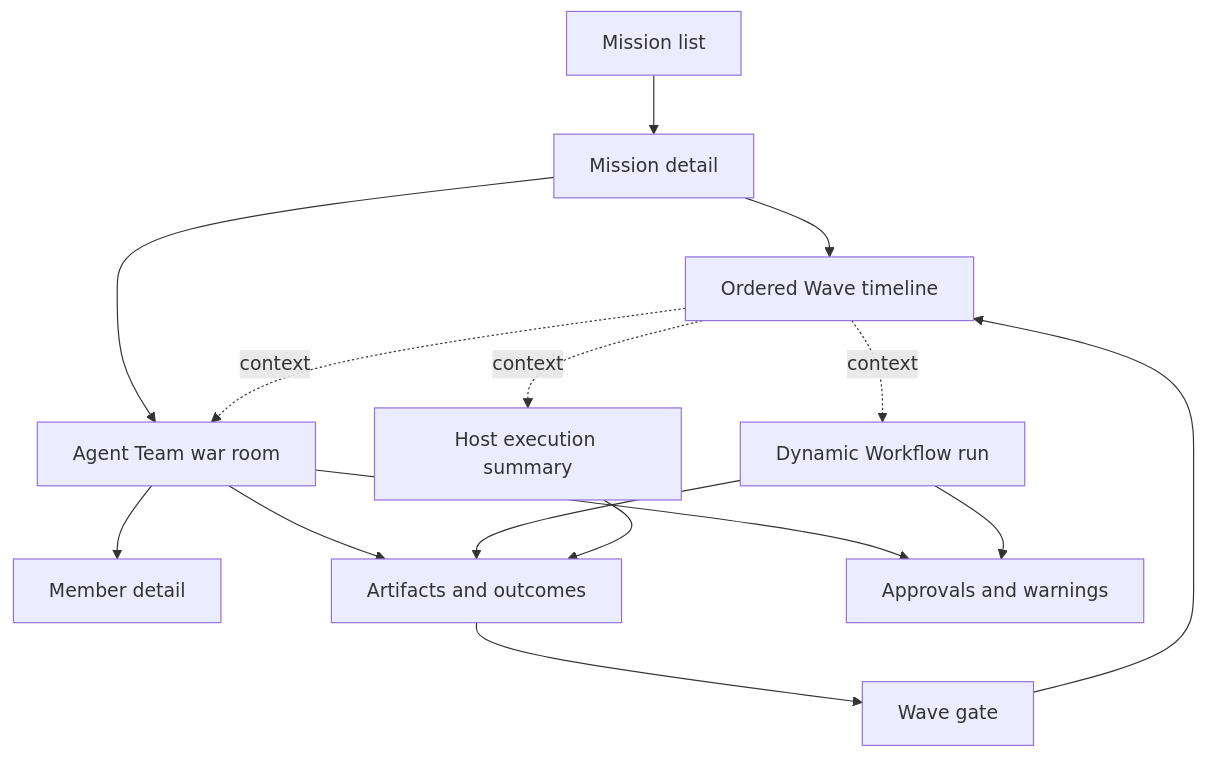
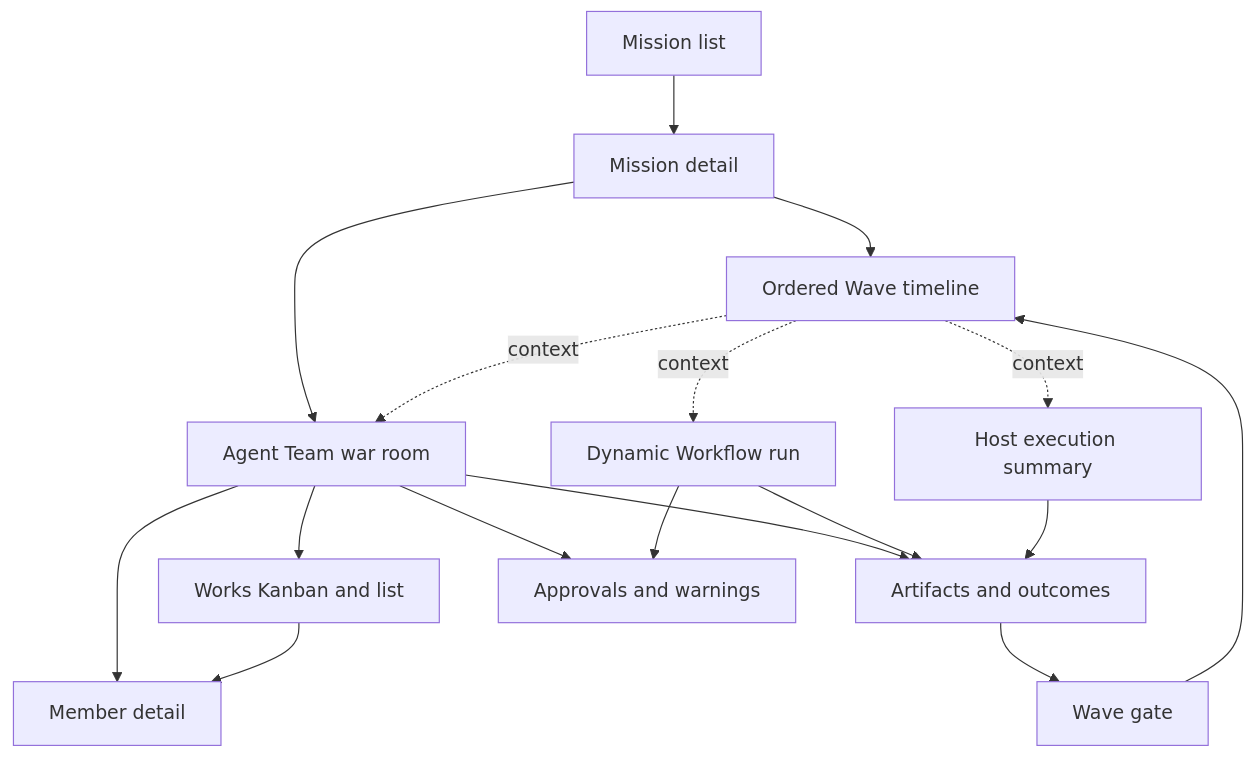
Before and after one commit to cyl19970726/multi-agent-harness: the diagram in docs/dashboard.md, drawn with Mermaid. The commit also changed other lines of this file and 35 other files, not shown here.

Commit message:
docs: define agent team works model

````diff
--- a/docs/dashboard.md
+++ b/docs/dashboard.md
@@ -45,28 +46,31 @@
 ```mermaid
 flowchart TD
   Missions[Mission list]
   Mission[Mission detail]
   Waves[Ordered Wave timeline]
   Team[Agent Team war room]
+  Works[Works Kanban and list]
   Workflow[Dynamic Workflow run]
   Host[Host execution summary]
   Member[Member detail]
   Artifacts[Artifacts and outcomes]
   Gate[Wave gate]
   Warnings[Approvals and warnings]
 
   Missions --> Mission
   Mission --> Waves
   Mission --> Team
   Waves -. context .-> Team
   Waves -. context .-> Workflow
   Waves -. context .-> Host
   Team --> Member
+  Team --> Works
+  Works --> Member
   Team --> Artifacts
   Workflow --> Artifacts
   Host --> Artifacts
   Artifacts --> Gate
   Gate --> Waves
   Team --> Warnings
   Workflow --> Warnings
 ```
````
